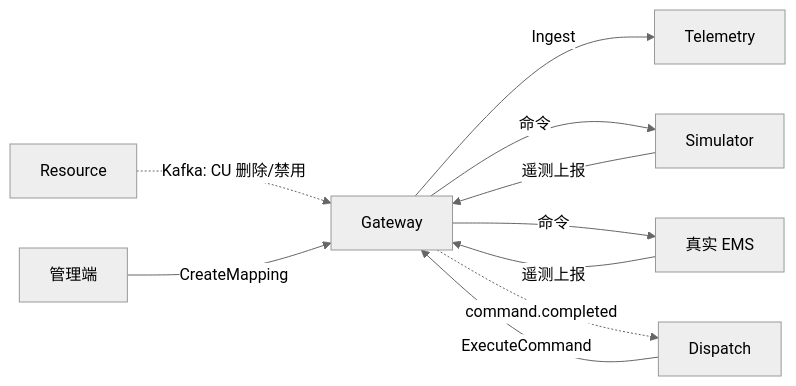
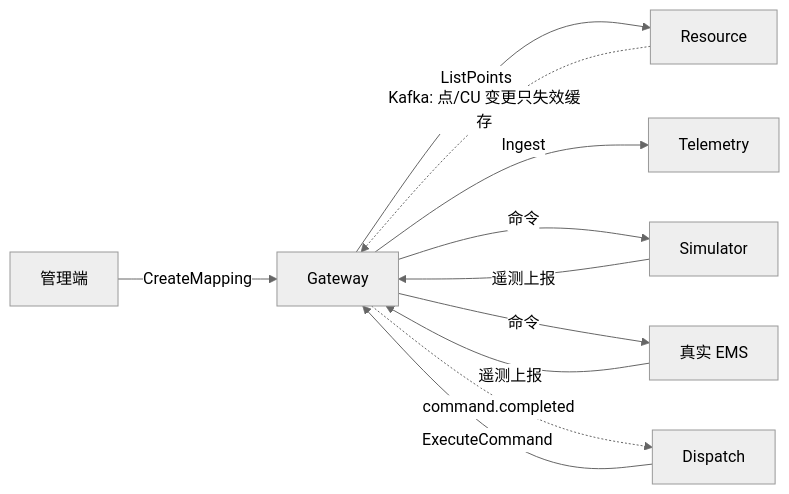
The second of 2 diagrams in internal/gateway/OVERVIEW.md (mushroomyuan/vpp-backend), drawn with Mermaid (neutral theme) before and after one commit. The commit also changed other lines of this file and 110 other files, not shown here.

````diff
--- a/internal/gateway/OVERVIEW.md
+++ b/internal/gateway/OVERVIEW.md
@@ -123,20 +123,21 @@
 ```mermaid
 flowchart LR
     GW[Gateway]
 
     Res[Resource]
     Tel[Telemetry]
     Dis[Dispatch]
     Sim[Simulator]
     EMS[真实 EMS]
 
-    Res -.->|Kafka: CU 删除/禁用| GW
+    Res -.->|Kafka: 点/CU 变更只失效缓存| GW
+    GW -->|ListPoints| Res
     Admin[管理端] -->|CreateMapping| GW
     Sim -->|遥测上报| GW
     EMS -->|遥测上报| GW
     GW -->|Ingest| Tel
     Dis -->|ExecuteCommand| GW
     GW -->|命令| Sim
     GW -->|命令| EMS
     GW -.->|command.completed| Dis
 ```
````
